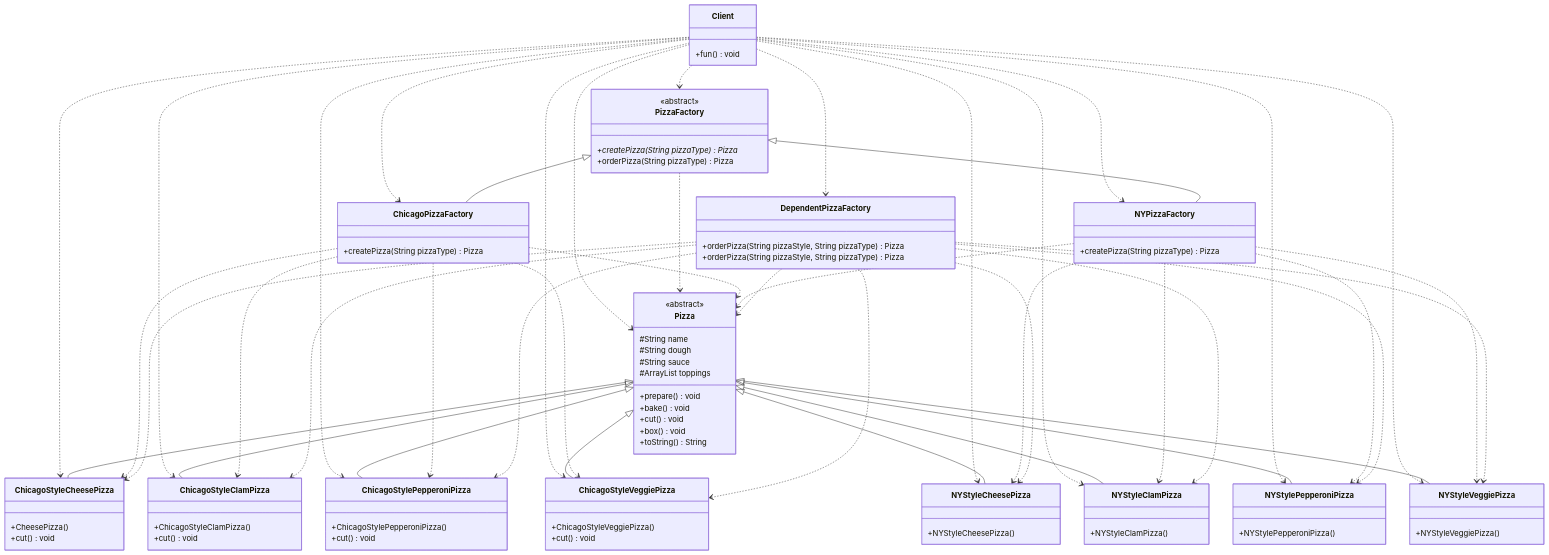
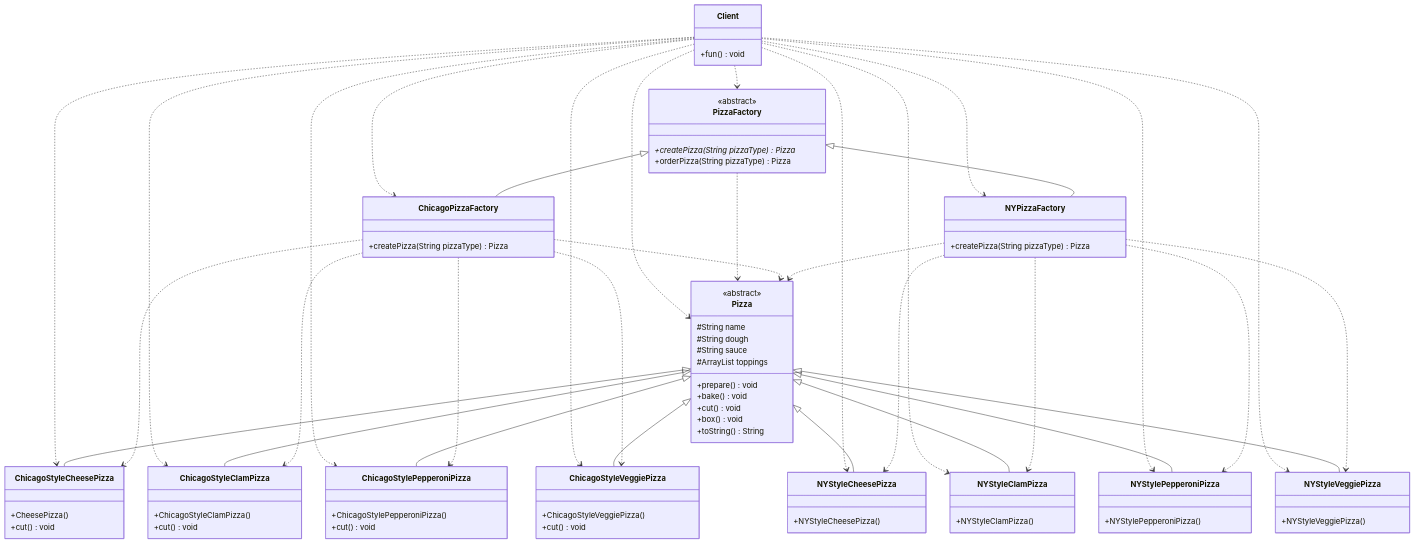
Before and after one commit to lingwh1995/books: diagram 19 of 19 in general/designpattern/designpattern-java/designpattern-java.md, drawn with Mermaid. The commit also changed other lines of this file, not shown here.

```diff
--- a/general/designpattern/designpattern-java/designpattern-java.md
+++ b/general/designpattern/designpattern-java/designpattern-java.md
@@ -1052,7 +1131,6 @@
     Client ..> PizzaFactory
     Client ..> NYPizzaFactory
     Client ..> ChicagoPizzaFactory
-    Client ..> DependentPizzaFactory
     Pizza <|-- ChicagoStyleCheesePizza
     Pizza <|-- ChicagoStyleClamPizza
     Pizza <|-- ChicagoStylePepperoniPizza
@@ -1074,15 +1152,6 @@
     NYPizzaFactory ..> NYStyleClamPizza
     NYPizzaFactory ..> NYStylePepperoniPizza
     NYPizzaFactory ..> NYStyleVeggiePizza
-    DependentPizzaFactory ..> Pizza
-    DependentPizzaFactory ..> ChicagoStyleCheesePizza
-    DependentPizzaFactory ..> ChicagoStyleClamPizza
-    DependentPizzaFactory ..> ChicagoStylePepperoniPizza
-    DependentPizzaFactory ..> ChicagoStyleVeggiePizza
-    DependentPizzaFactory ..> NYStyleCheesePizza
-    DependentPizzaFactory ..> NYStyleClamPizza
-    DependentPizzaFactory ..> NYStylePepperoniPizza
-    DependentPizzaFactory ..> NYStyleVeggiePizza
     class Pizza {
         #String name
 	    #String dough
@@ -1132,10 +1201,6 @@
     class NYPizzaFactory {
         +createPizza(String pizzaType) Pizza
     }
-    class DependentPizzaFactory {
-        +orderPizza(String pizzaStyle, String pizzaType) Pizza
-        +orderPizza(String pizzaStyle, String pizzaType) Pizza
-    }
     class Client {
         +fun() void
     }
```
